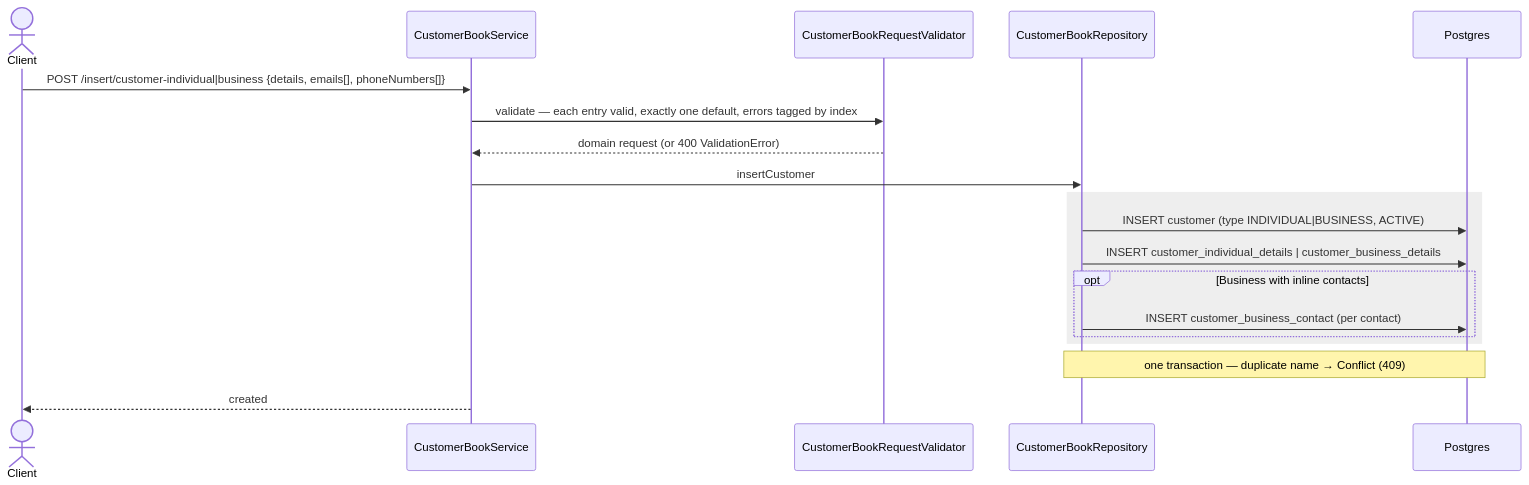
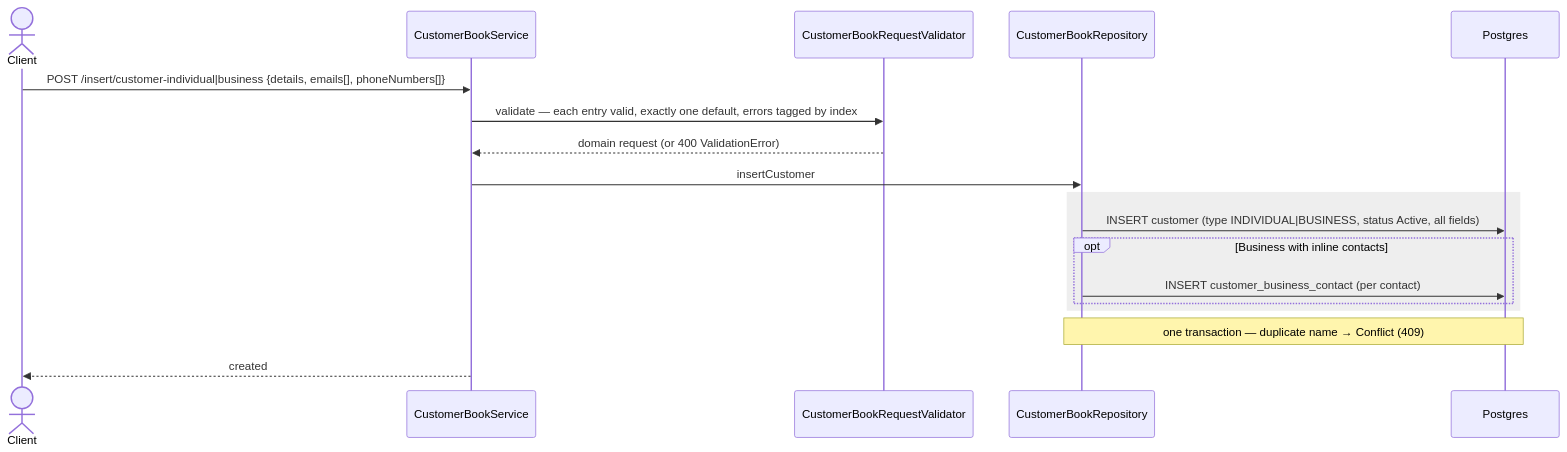
Before and after one commit to mesazon-org/app: the second of 4 diagrams in docs-claude/features/customer-book.md, drawn with Mermaid. The commit also changed other lines of this file and 19 other files, not shown here.

````diff
--- a/docs-claude/features/customer-book.md
+++ b/docs-claude/features/customer-book.md
@@ -135,22 +140,21 @@
 ```mermaid
 sequenceDiagram
     actor Client
     participant SVC as CustomerBookService
     participant V as CustomerBookRequestValidator
     participant Repo as CustomerBookRepository
     participant DB as Postgres
 
     Client->>SVC: POST /insert/customer-individual|business {details, emails[], phoneNumbers[]}
     SVC->>V: validate — each entry valid, exactly one default, errors tagged by index
     V-->>SVC: domain request (or 400 ValidationError)
     SVC->>Repo: insertCustomer
     rect rgb(238,238,238)
-        Repo->>DB: INSERT customer (type INDIVIDUAL|BUSINESS, ACTIVE)
-        Repo->>DB: INSERT customer_individual_details | customer_business_details
+        Repo->>DB: INSERT customer (type INDIVIDUAL|BUSINESS, status Active, all fields)
         opt Business with inline contacts
             Repo->>DB: INSERT customer_business_contact (per contact)
         end
     end
     Note over Repo,DB: one transaction — duplicate name → Conflict (409)
     SVC-->>Client: created
 ```
````
